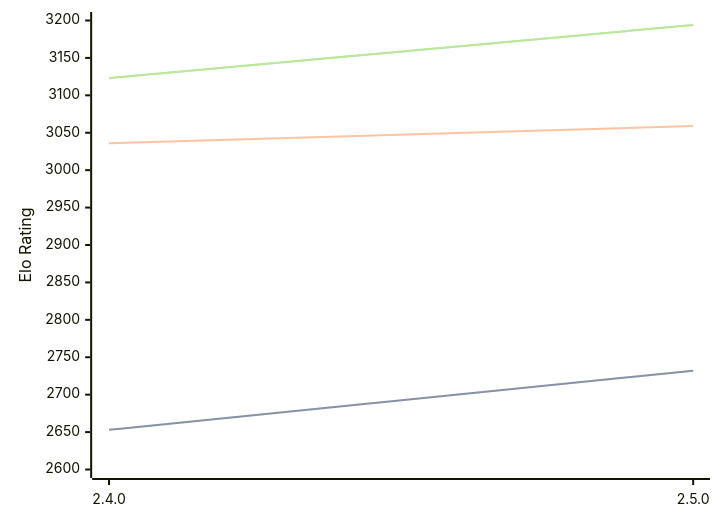
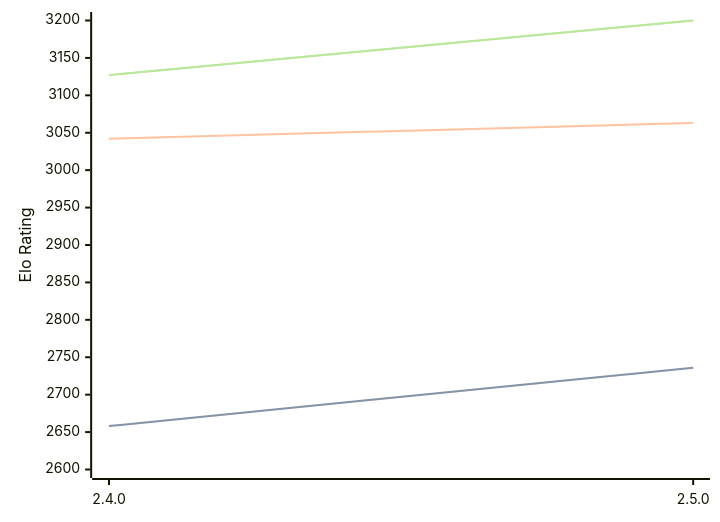
One commit to computer-chess-index/cci changed the diagram in engines/Sturddle2.md. Above: the diagram before and after it, drawn with Mermaid. The commit also changed other lines of this file, not shown here.

Commit message:
Update CCI Ratings (ELO VLTC) - 2026-04-14

````diff
--- a/engines/Sturddle2.md
+++ b/engines/Sturddle2.md
@@ -37,11 +37,11 @@
 ```mermaid
 %%{init: {"theme":"base","themeVariables":{"seriesColors:['#a3a3a3','#222221','#faa371']}}}%%
 xychart-beta
   x-axis ["2.4.0", "2.5.0"]
   y-axis "Elo Rating" 2600 --> 3200
-  line "STC (8.0+0.08s)" [2653, 2732]
-  line "STC (8.0+0.08s)" [2653, 2732]
-  line "LTC (60.0+0.60s)" [3036, 3059]
-  line "VLTC (2m24s+1.12s)" [3123, 3194]
-  line "VLTC (2m24s+1.12s)" [3123, 3194]
+  line "STC (8.0+0.08s)" [2658, 2736]
+  line "STC (8.0+0.08s)" [2658, 2736]
+  line "LTC (60.0+0.60s)" [3042, 3063]
+  line "VLTC (2m24s+1.12s)" [3127, 3200]
+  line "VLTC (2m24s+1.12s)" [3127, 3200]
 ```
````
